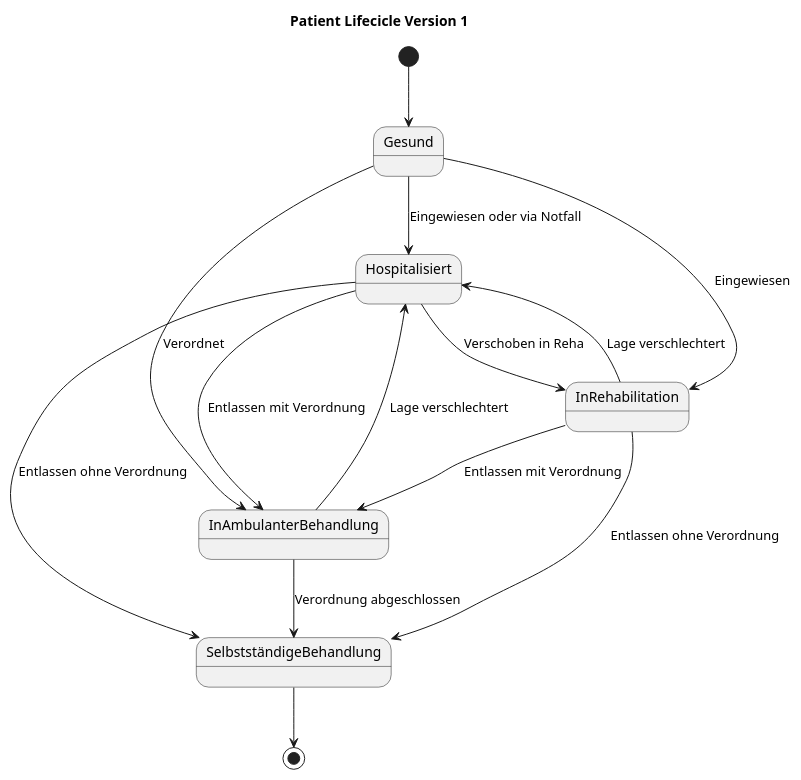
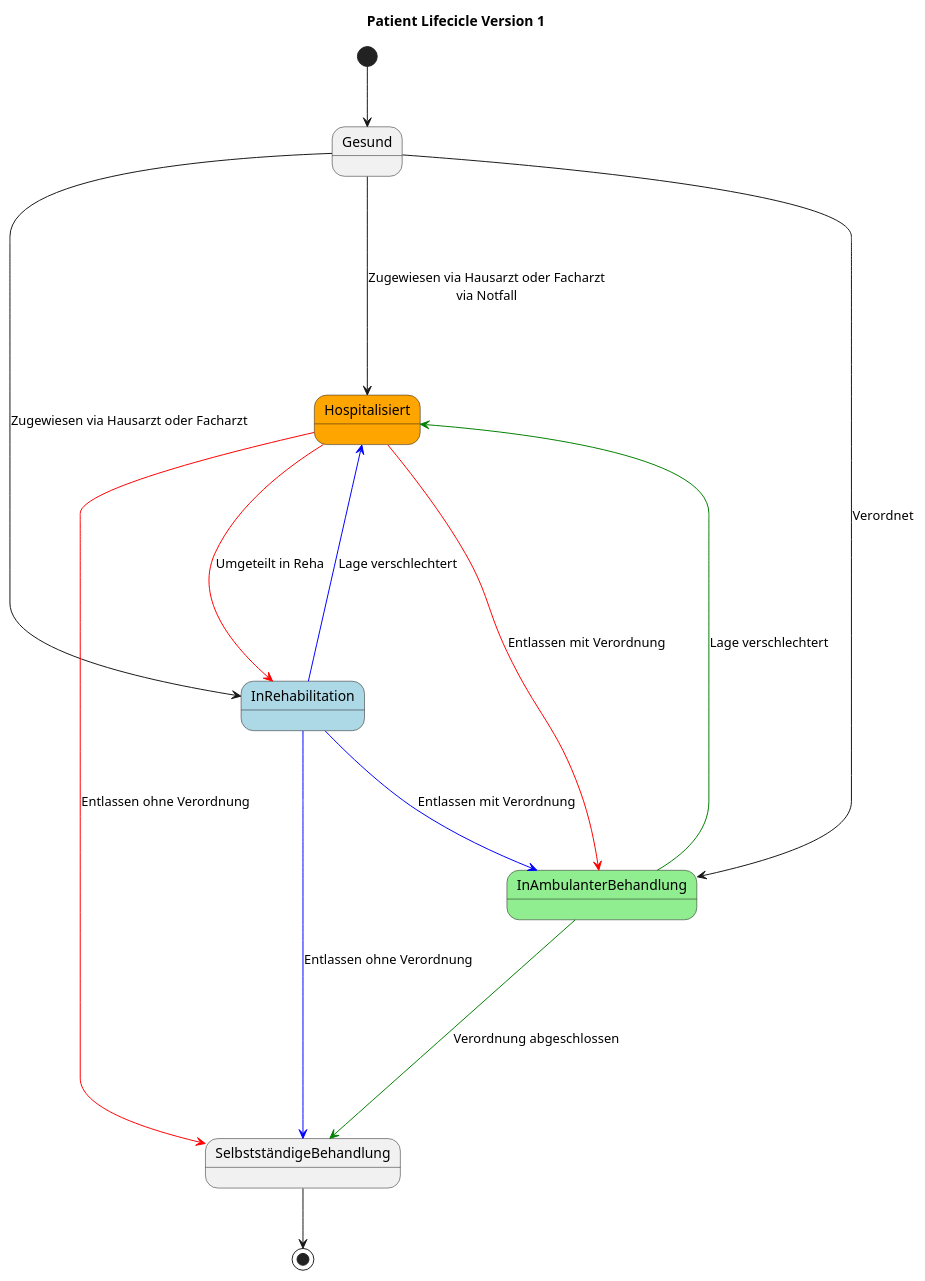
The diagram in arc42_documentation/additional_diagrams/life_cycle_patient.puml (markuskaufmann/CAS_SA_Transfer), drawn with PlantUML before and after one commit. The commit also changed 3 other files, not shown here.

```diff
--- a/arc42_documentation/additional_diagrams/life_cycle_patient.puml
+++ b/arc42_documentation/additional_diagrams/life_cycle_patient.puml
@@ -1,28 +1,28 @@
 @startuml Therapie Lifecicle
 title Patient Lifecicle Version 1
 
 State Gesund
-State Hospitalisiert
-State InAmbulanterBehandlung
-State InRehabilitation
+State Hospitalisiert #Orange
+State InAmbulanterBehandlung #LightGreen
+State InRehabilitation #LightBlue
 
 [*] --> Gesund
 
-Gesund -->  Hospitalisiert : Eingewiesen oder via Notfall
-Gesund -->  InRehabilitation : Eingewiesen
-Gesund -->  InAmbulanterBehandlung : Verordnet
+Gesund ---->  Hospitalisiert : Zugewiesen via Hausarzt oder Facharzt\nvia Notfall
+Gesund ---->  InRehabilitation : Zugewiesen via Hausarzt oder Facharzt
+Gesund ---->  InAmbulanterBehandlung : Verordnet
 
-Hospitalisiert --> InRehabilitation : Verschoben in Reha
-Hospitalisiert --> InAmbulanterBehandlung : Entlassen mit Verordnung
-Hospitalisiert --> SelbstständigeBehandlung : Entlassen ohne Verordnung
+Hospitalisiert --[#Red]--> InRehabilitation : Umgeteilt in Reha
+Hospitalisiert --[#Red]--> InAmbulanterBehandlung : Entlassen mit Verordnung
+Hospitalisiert --[#Red]--> SelbstständigeBehandlung : Entlassen ohne Verordnung
 
-InRehabilitation --> InAmbulanterBehandlung : Entlassen mit Verordnung
-InRehabilitation --> Hospitalisiert : Lage verschlechtert
-InRehabilitation --> SelbstständigeBehandlung : Entlassen ohne Verordnung
+InRehabilitation --[#Blue]-> InAmbulanterBehandlung : Entlassen mit Verordnung
+InRehabilitation --[#Blue]--> Hospitalisiert : Lage verschlechtert
+InRehabilitation --[#Blue]--> SelbstständigeBehandlung : Entlassen ohne Verordnung
 
-InAmbulanterBehandlung --> Hospitalisiert : Lage verschlechtert
-InAmbulanterBehandlung --> SelbstständigeBehandlung : Verordnung abgeschlossen
+InAmbulanterBehandlung --[#Green]--> Hospitalisiert : Lage verschlechtert
+InAmbulanterBehandlung --[#Green]--> SelbstständigeBehandlung : Verordnung abgeschlossen
 
 SelbstständigeBehandlung --> [*]
 
 @enduml
```
